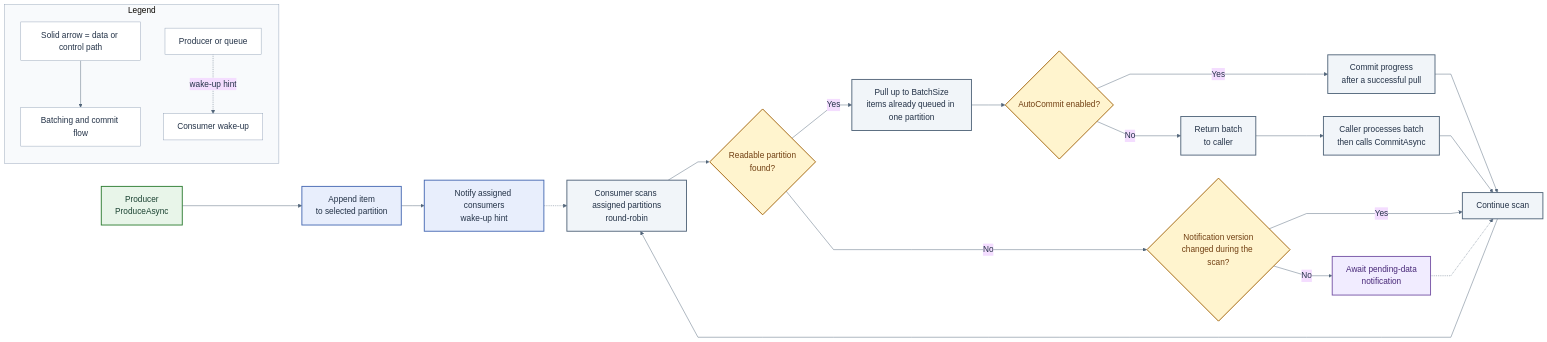
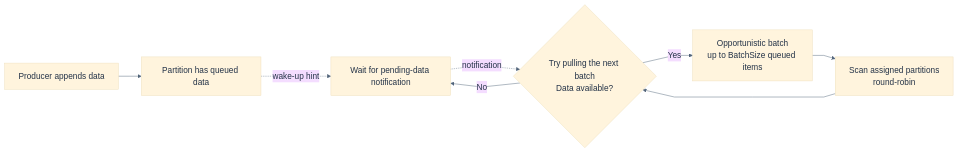
Before and after one commit to eventhorizon-cli/BufferQueue: the diagram in docs/assets/bufferqueue-opportunistic-batching.mmd, drawn with Mermaid. The commit also changed 13 other files, not shown here.

Commit message:
docs: redraw diagrams as bilingual SVGs

```diff
--- a/docs/assets/bufferqueue-opportunistic-batching.mmd
+++ b/docs/assets/bufferqueue-opportunistic-batching.mmd
@@ -1,52 +1,22 @@
 ---
 config:
   flowchart:
     htmlLabels: true
     curve: linear
   theme: base
   themeVariables:
     fontFamily: "Arial, Helvetica, sans-serif"
     fontSize: 18px
     primaryTextColor: "#233247"
     lineColor: "#52657a"
     clusterBkg: "#f8fafc"
     clusterBorder: "#94a3b8"
 ---
 flowchart LR
-    P[Producer<br/>ProduceAsync] --> A[Append item<br/>to selected partition]
-    A --> N[Notify assigned consumers<br/>wake-up hint]
-    N -.-> S[Consumer scans assigned partitions<br/>round-robin]
-
-    S --> D{Readable partition<br/>found?}
-    D -- Yes --> B[Pull up to BatchSize<br/>items already queued in one partition]
-    B --> C{AutoCommit enabled?}
-    C -- Yes --> AC[Commit progress<br/>after a successful pull]
-    C -- No --> H[Return batch<br/>to caller]
-    H --> MC[Caller processes batch<br/>then calls CommitAsync]
-    AC --> R[Continue scan]
-    MC --> R
-    R --> S
-
-    D -- No --> V{Notification version<br/>changed during the scan?}
-    V -- Yes --> R
-    V -- No --> W[Await pending-data<br/>notification]
-    W -.-> R
-
-    subgraph LEGEND[Legend]
-        LD1[Solid arrow = data or control path] --> LD2[Batching and commit flow]
-        LW1[Producer or queue] -. wake-up hint .-> LW2[Consumer wake-up]
-    end
-
-    classDef producer fill:#e8f5e9,stroke:#2e7d32,color:#1b4332,stroke-width:2px;
-    classDef queue fill:#e8eefc,stroke:#4669b2,color:#233247,stroke-width:2px;
-    classDef consumer fill:#f1f5f9,stroke:#52657a,color:#233247,stroke-width:2px;
-    classDef decision fill:#fff4ce,stroke:#a16207,color:#713f12,stroke-width:2px;
-    classDef wait fill:#f1ecff,stroke:#7654a6,color:#482878,stroke-width:2px;
-    classDef legend fill:#ffffff,stroke:#94a3b8,color:#233247,stroke-width:1px;
-
-    class P producer;
-    class A,N queue;
-    class S,B,AC,H,MC,R consumer;
-    class D,C,V decision;
-    class W wait;
-    class LD1,LD2,LW1,LW2 legend;
+    P[Producer appends data] --> Q[Partition has queued data]
+    Q -. wake-up hint .-> W[Wait for pending-data notification]
+    W -. notification .-> D{Try pulling the next batch<br/>Data available?}
+    S[Scan assigned partitions<br/>round-robin] --> D
+    D -- Yes --> B[Opportunistic batch<br/>up to BatchSize queued items]
+    B --> S
+    D -- No --> W
```
